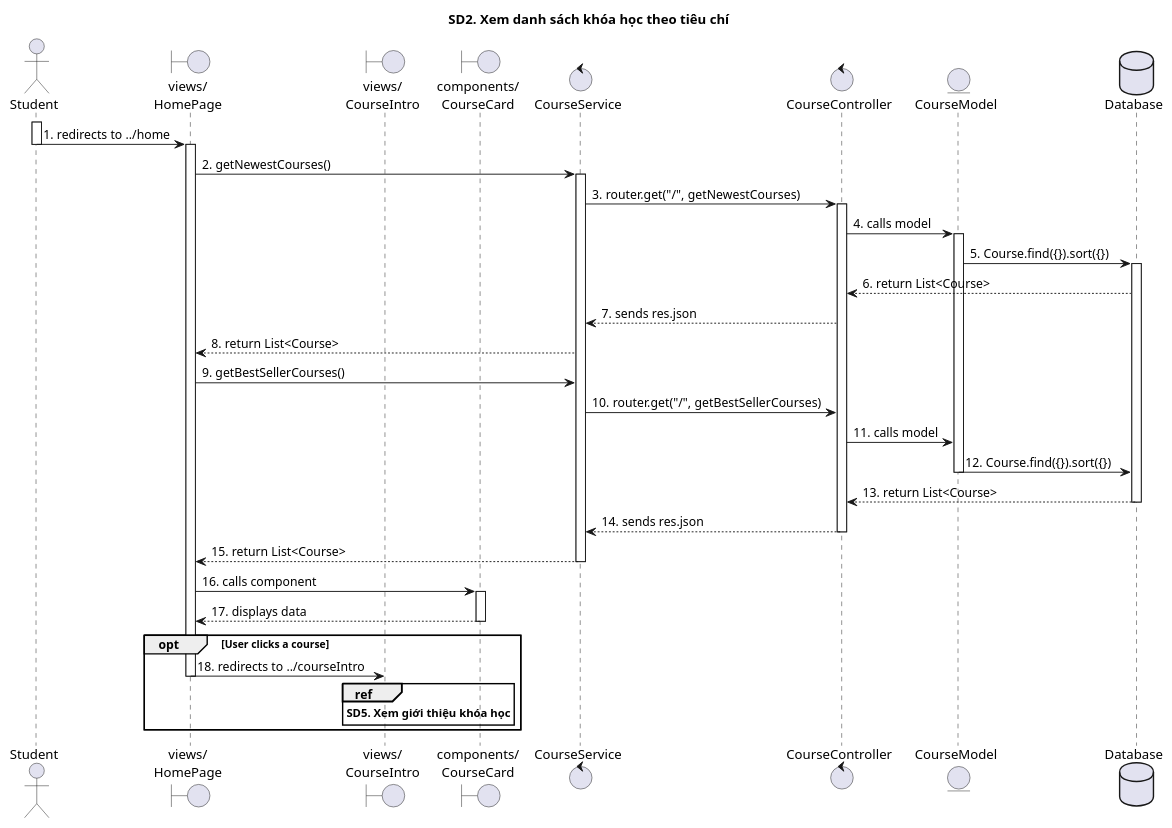
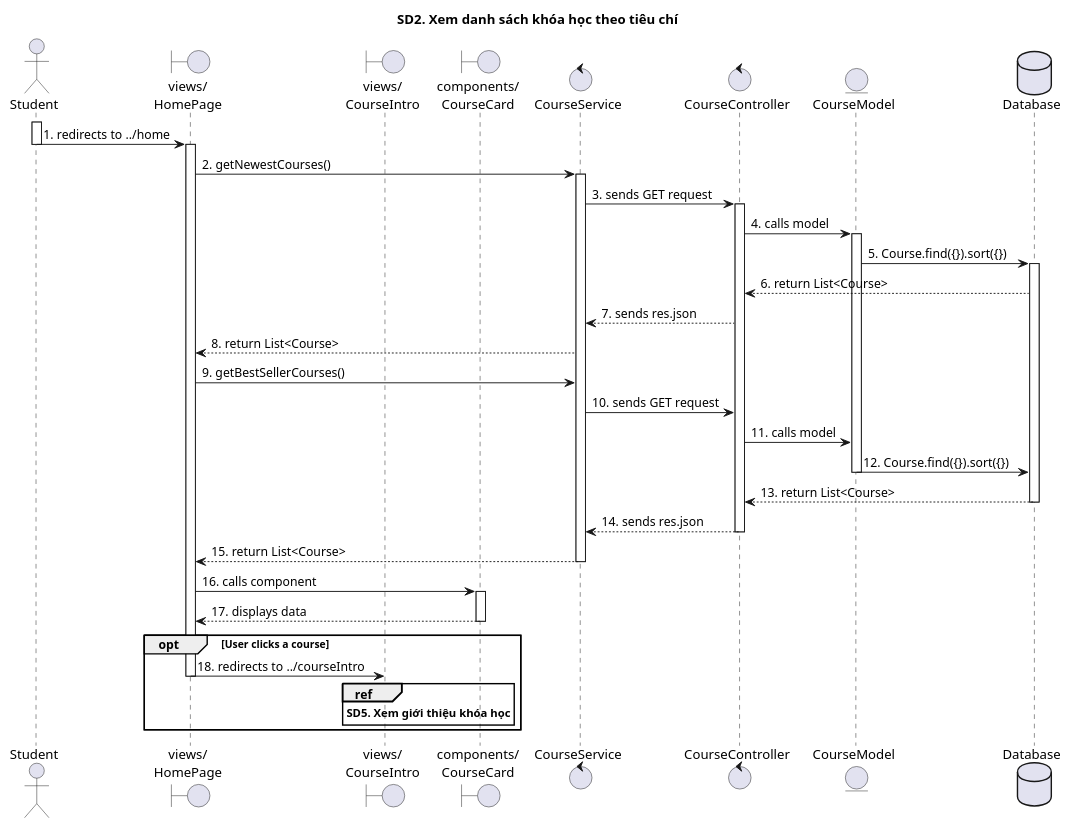
The diagram in SequenceDiagrams/sd2.puml (The-Cookies-Team/UML-Diagrams), drawn with PlantUML before and after one commit. The commit also changed 2 other files, not shown here.

```diff
--- a/SequenceDiagrams/sd2.puml
+++ b/SequenceDiagrams/sd2.puml
@@ -1,54 +1,54 @@
 @startuml
 
 title SD2. Xem danh sách khóa học theo tiêu chí
 
 actor "Student"
 boundary "views/\nHomePage" as HomePage
 boundary "views/\nCourseIntro" as CourseIntro
 boundary "components/\nCourseCard" as CourseCard
 control "CourseService"
 control "CourseController"
 entity "CourseModel"
 database "Database"
 
 activate Student
 Student -> HomePage: 1. redirects to ../home
 deactivate Student
 activate HomePage
 HomePage -> CourseService: 2. getNewestCourses()
 activate CourseService
-CourseService -> CourseController: 3. router.get("/", getNewestCourses)
+CourseService -> CourseController: 3. sends GET request
 activate CourseController
 CourseController -> CourseModel: 4. calls model
 activate CourseModel
 CourseModel -> Database: 5. Course.find({}).sort({})
 activate Database
 Database --> CourseController: 6. return List<Course>
 CourseController --> CourseService: 7. sends res.json
 CourseService --> HomePage: 8. return List<Course>
 HomePage -> CourseService: 9. getBestSellerCourses()
-CourseService -> CourseController: 10. router.get("/", getBestSellerCourses)
+CourseService -> CourseController: 10. sends GET request
 CourseController -> CourseModel: 11. calls model
 CourseModel -> Database: 12. Course.find({}).sort({})
 deactivate CourseModel
 Database --> CourseController: 13. return List<Course>
 deactivate Database
 CourseController --> CourseService: 14. sends res.json
 deactivate CourseController
 CourseService --> HomePage: 15. return List<Course>
 deactivate CourseService
 HomePage -> CourseCard: 16. calls component
 activate CourseCard
 CourseCard --> HomePage: 17. displays data
 deactivate CourseCard
 
 opt User clicks a course
 HomePage -> CourseIntro: 18. redirects to ../courseIntro
 deactivate HomePage
 ref over CourseIntro
 **SD5. Xem giới thiệu khóa học**
 end ref
 end group
 
 
 @enduml
```
